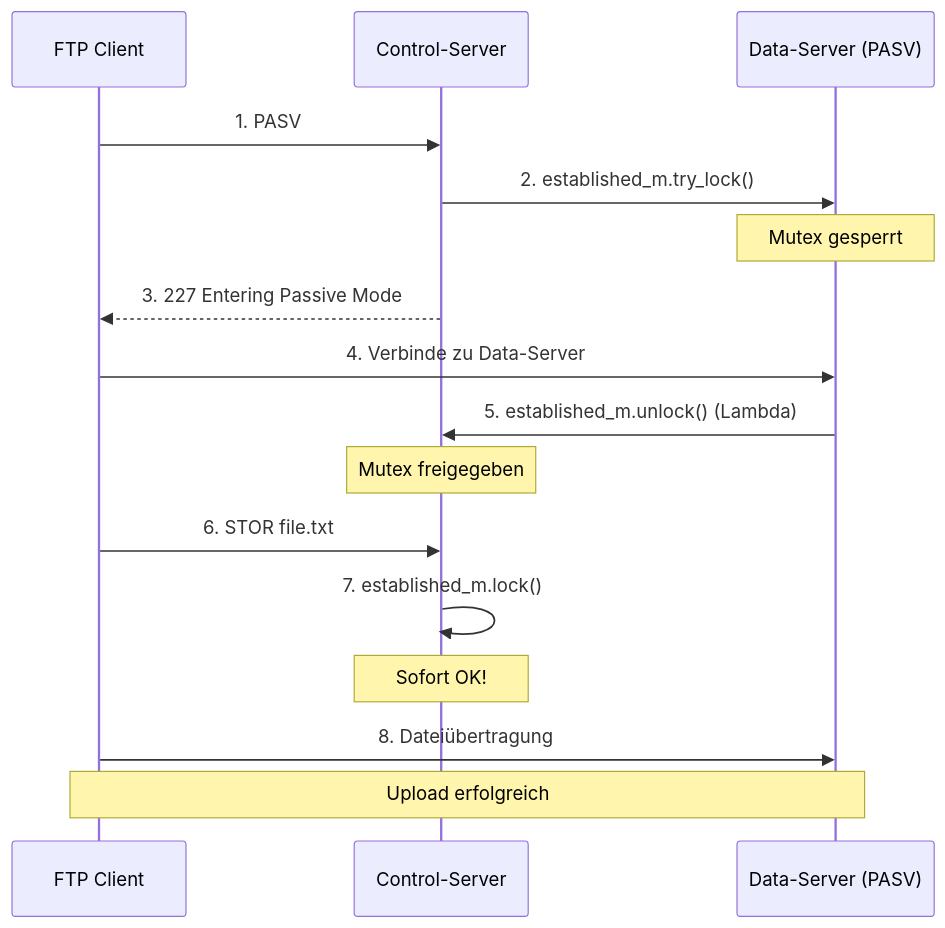
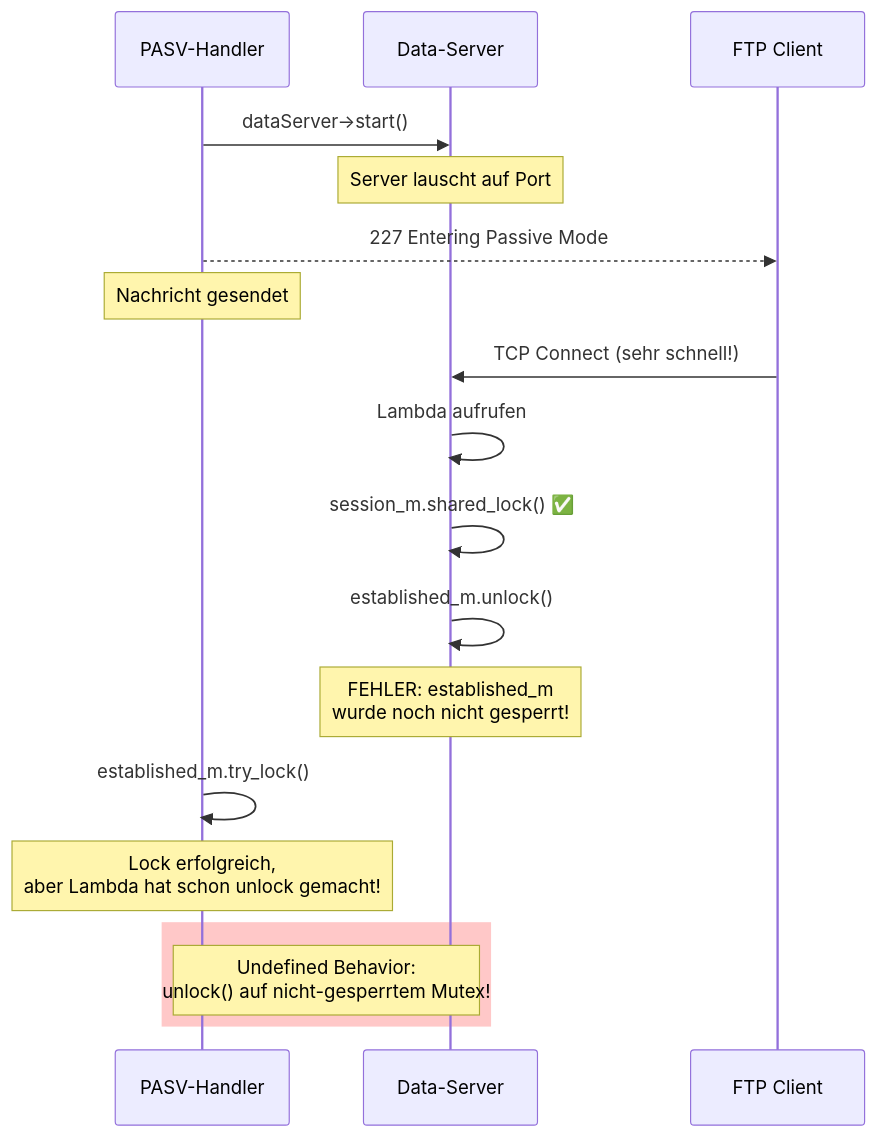
Diagram 14 of 17 in src/ftp/issue-14/ANALYSE.md (nilshenrich/TCP_ServerClient), drawn with Mermaid before and after one commit. The commit also changed other lines of this file and 1 other file, not shown here.

Commit message:
Analysis update: Mind shared lock

````diff
--- a/src/ftp/issue-14/ANALYSE.md
+++ b/src/ftp/issue-14/ANALYSE.md
@@ -333,22 +462,26 @@
 ```mermaid
 sequenceDiagram
+    participant PASV as PASV-Handler
+    participant DS as Data-Server
     participant C as FTP Client
-    participant CS as Control-Server
-    participant DS as Data-Server (PASV)
 
-    C->>CS: 1. PASV
-    CS->>DS: 2. established_m.try_lock()
-    Note over DS: Mutex gesperrt
-    CS-->>C: 3. 227 Entering Passive Mode
+    PASV->>DS: dataServer->start()
+    Note over DS: Server lauscht auf Port
 
-    C->>DS: 4. Verbinde zu Data-Server
-    DS->>CS: 5. established_m.unlock() (Lambda)
-    Note over CS: Mutex freigegeben
+    PASV-->>C: 227 Entering Passive Mode
+    Note over PASV: Nachricht gesendet
 
-    C->>CS: 6. STOR file.txt
-    CS->>CS: 7. established_m.lock()
-    Note over CS: Sofort OK!
+    C->>DS: TCP Connect (sehr schnell!)
 
-    C->>DS: 8. Dateiübertragung
-    Note over C,DS: Upload erfolgreich
+    DS->>DS: Lambda aufrufen
+    DS->>DS: session_m.shared_lock() ✅
+    DS->>DS: established_m.unlock()
+    Note over DS: FEHLER: established_m<br/>wurde noch nicht gesperrt!
+
+    PASV->>PASV: established_m.try_lock()
+    Note over PASV: Lock erfolgreich,<br/>aber Lambda hat schon unlock gemacht!
+
+    rect rgb(255, 200, 200)
+        Note over PASV,DS: Undefined Behavior:<br/>unlock() auf nicht-gesperrtem Mutex!
+    end
 ```
````
